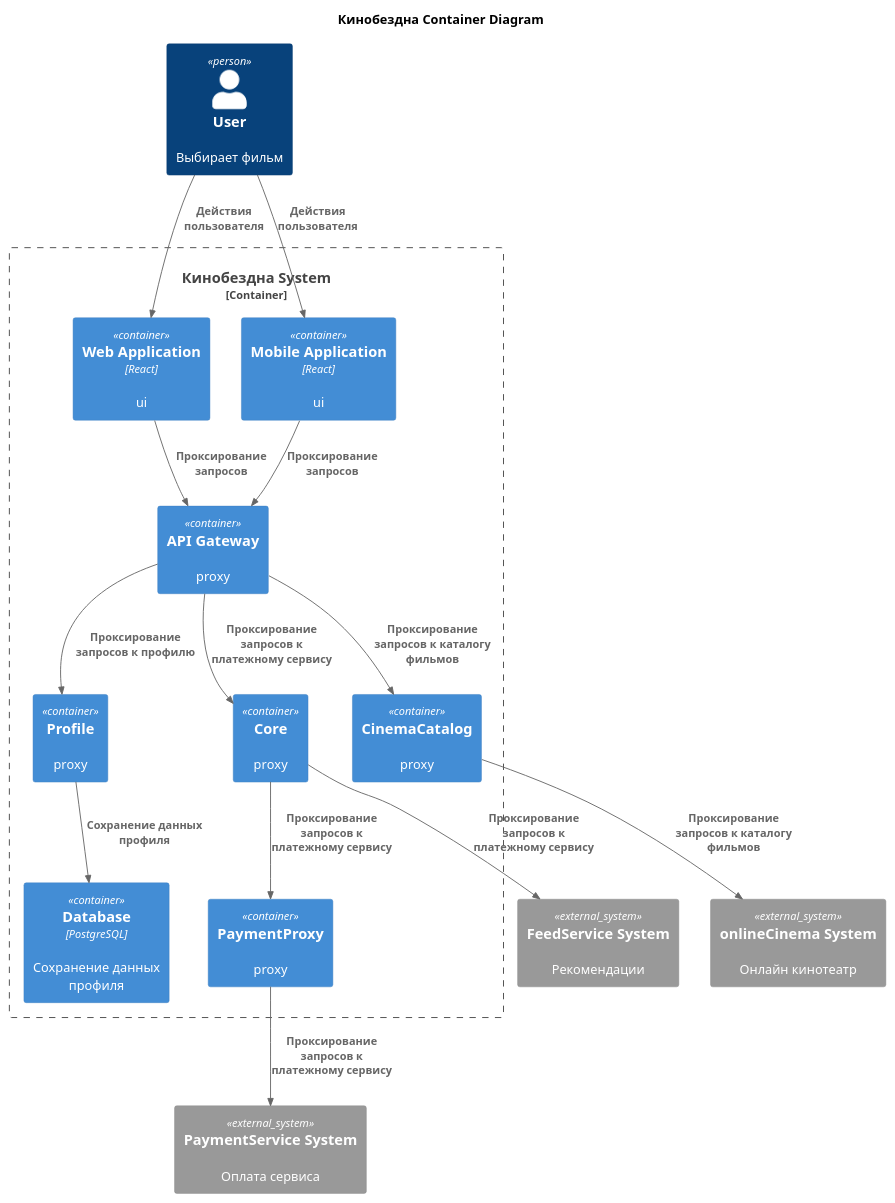
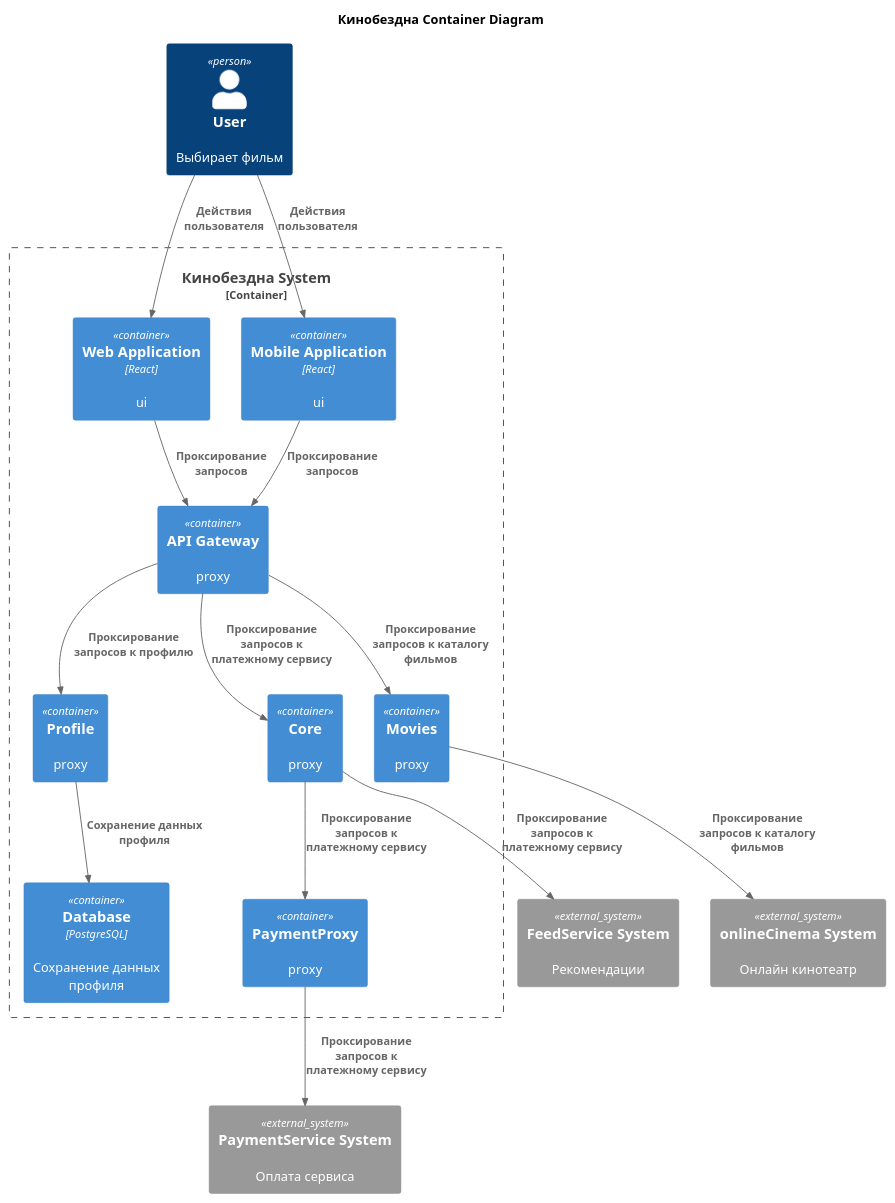
Before and after one commit to OlgaLotka/architecture-pro-cinemaabyss: the diagram in src/diagrams/Container.puml, drawn with PlantUML. The commit also changed 13 other files, not shown here.

```diff
--- a/src/diagrams/Container.puml
+++ b/src/diagrams/Container.puml
@@ -1,43 +1,43 @@
 @startuml
 title Кинобездна Container Diagram
 
 !includeurl https://raw.githubusercontent.com/RicardoNiepel/C4-PlantUML/master/C4_Component.puml
 
 Person(person, "User", "Выбирает фильм")
 
 
 Container_Boundary(CinemaSpaceSystem, "Кинобездна System") {
 Container(webApp, "Web Application", "React", "ui")
 Container(mobileApp, "Mobile Application", "React", "ui")
 Container(gateway, "API Gateway", "", "proxy")
 Container(paymentProxy, "PaymentProxy", "", "proxy")
 Container(profile, "Profile", "", "proxy")
-Container(cinemaCatalog, "CinemaCatalog", "", "proxy")
+Container(cinemaCatalog, "Movies", "", "proxy")
 Container(core, "Core", "", "proxy")
 Container(database, "Database", "PostgreSQL", "Сохранение данных профиля")
 
 }
 
 System_Ext(paymentService, "PaymentService System", "Оплата сервиса")
 System_Ext(feedService, "FeedService System", "Рекомендации")
 System_Ext(onlineCinemaService, "onlineCinema System", "Онлайн кинотеатр")
 
 
 Rel(person, webApp, "Действия пользователя")
 Rel(person, mobileApp, "Действия пользователя")
 Rel(webApp, gateway, "Проксирование запросов")
 Rel(mobileApp, gateway, "Проксирование запросов")
 Rel(paymentProxy, paymentService, "Проксирование запросов к платежному сервису")
 Rel(gateway, core, "Проксирование запросов к платежному сервису")
 
 Rel(core, paymentProxy, "Проксирование запросов к платежному сервису")
 Rel(core, feedService, "Проксирование запросов к платежному сервису")
 
 Rel(gateway, cinemaCatalog, "Проксирование запросов к каталогу фильмов")
 Rel(gateway, profile, "Проксирование запросов к профилю")
 Rel(cinemaCatalog, onlineCinemaService, "Проксирование запросов к каталогу фильмов")
 
 
 Rel(profile, database, "Сохранение данных профиля")
 
 @enduml
```
